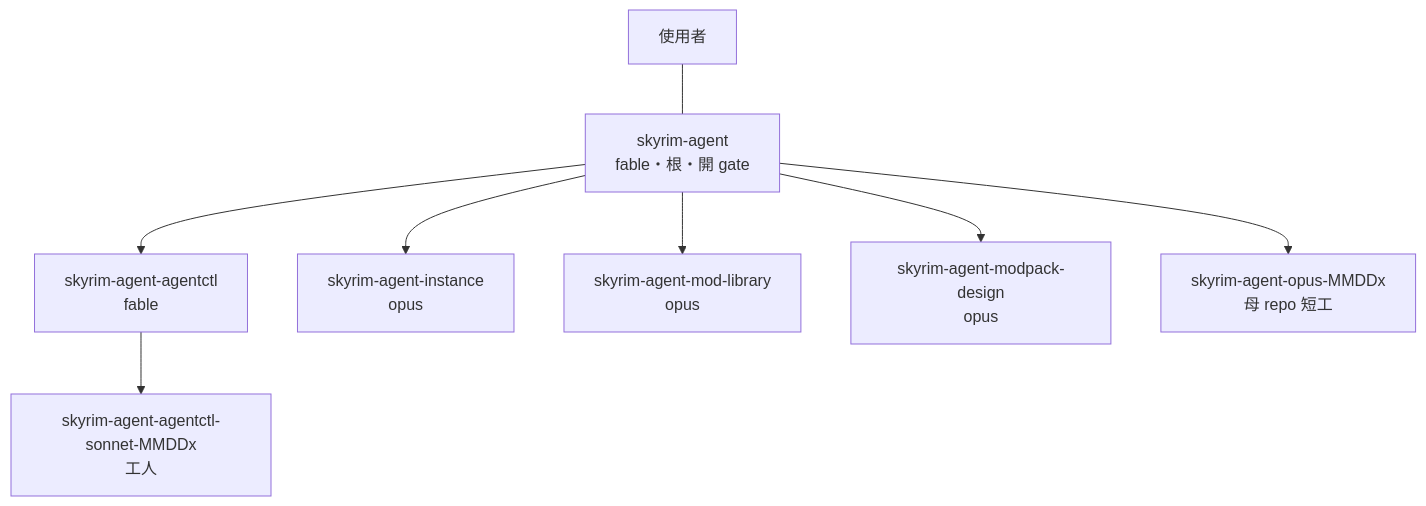
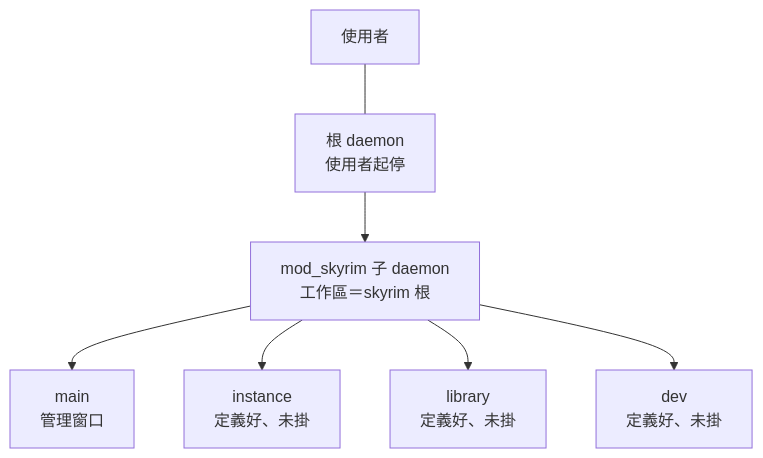
Before and after one commit to justty32/modding_skyrim: the diagram in wf/workflows/aos.md, drawn with Mermaid. The commit also changed other lines of this file and 12 other files, not shown here.

````diff
--- a/wf/workflows/aos.md
+++ b/wf/workflows/aos.md
@@ -16,10 +17,9 @@
 ```mermaid
 graph TD
-  U[使用者] --- T[skyrim-agent<br>fable・根・開 gate]
-  T --> A[skyrim-agent-agentctl<br>fable]
-  T --> I[skyrim-agent-instance<br>opus]
-  T --> M[skyrim-agent-mod-library<br>opus]
-  T --> D[skyrim-agent-modpack-design<br>opus]
-  T --> S[skyrim-agent-opus-MMDDx<br>母 repo 短工]
-  A --> W[skyrim-agent-agentctl-sonnet-MMDDx<br>工人]
+  U[使用者] --- R[根 daemon<br>使用者起停]
+  R --> M[mod_skyrim 子 daemon<br>工作區＝skyrim 根]
+  M --> L[main<br>管理窗口]
+  M --> I[instance<br>定義好、未掛]
+  M --> B[library<br>定義好、未掛]
+  M --> D[dev<br>定義好、未掛]
 ```
````
